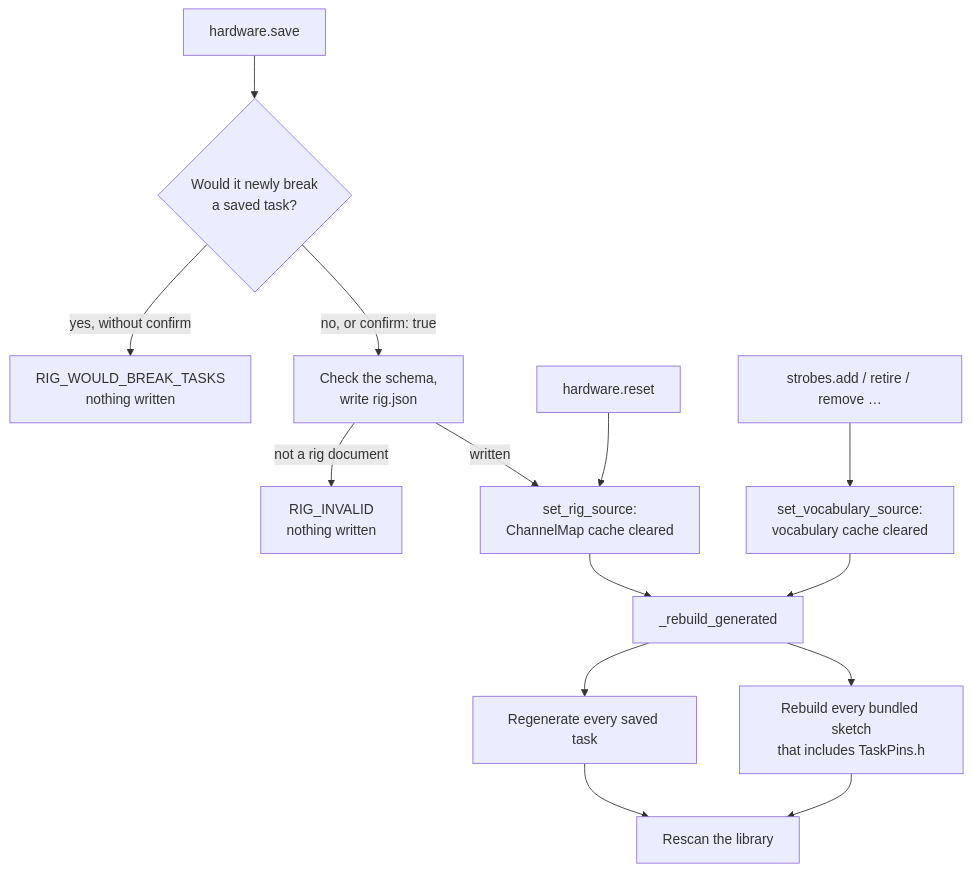
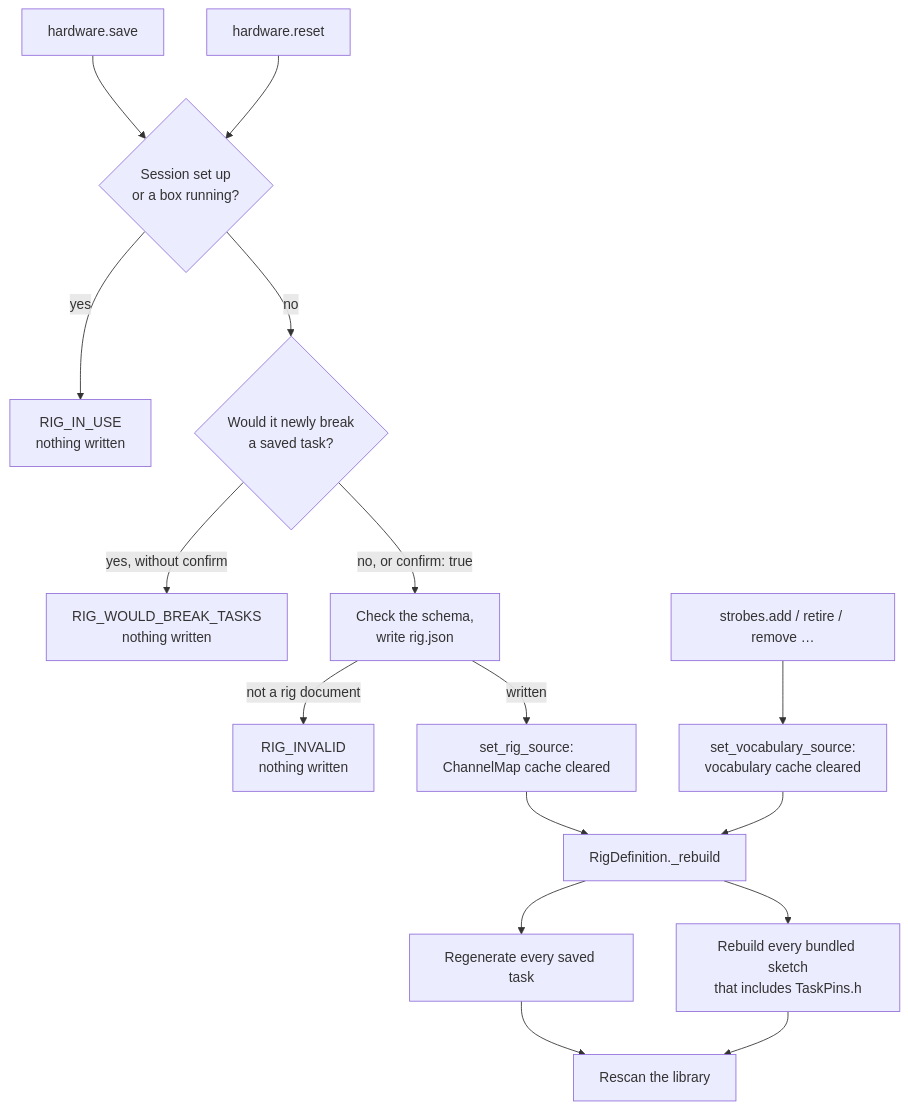
The second of 6 diagrams in docs/TASKS.md (Chase-NJ/Ephymeris), drawn with Mermaid before and after one commit. The commit also changed other lines of this file and 28 other files, not shown here.

First line of the commit message:
Keep previewed rig definitions private, and make rig definition writes exclusive (#2)

````diff
--- a/docs/TASKS.md
+++ b/docs/TASKS.md
@@ -472,16 +471,18 @@
 ```mermaid
 flowchart TD
-    save["hardware.save"] --> impact{"Would it newly break<br/>a saved task?"}
+    save["hardware.save"] --> inuse{"Session set up<br/>or a box running?"}
+    inuse -->|yes| busy["RIG_IN_USE<br/>nothing written"]
+    inuse -->|no| impact{"Would it newly break<br/>a saved task?"}
     impact -->|"yes, without confirm"| refuse["RIG_WOULD_BREAK_TASKS<br/>nothing written"]
     impact -->|"no, or confirm: true"| write["Check the schema,<br/>write rig.json"]
     write -->|"not a rig document"| invalid["RIG_INVALID<br/>nothing written"]
-    reset["hardware.reset"] --> install
+    reset["hardware.reset"] --> inuse
     write -->|"written"| install["set_rig_source:<br/>ChannelMap cache cleared"]
-    install --> rebuild["_rebuild_generated"]
+    install --> rebuild["RigDefinition._rebuild"]
     vocab["strobes.add / retire / remove …"] --> vinstall["set_vocabulary_source:<br/>vocabulary cache cleared"]
     vinstall --> rebuild
     rebuild --> tasks["Regenerate every saved task"]
     rebuild --> bundled["Rebuild every bundled sketch<br/>that includes TaskPins.h"]
     tasks --> rescan["Rescan the library"]
     bundled --> rescan
 ```
````
